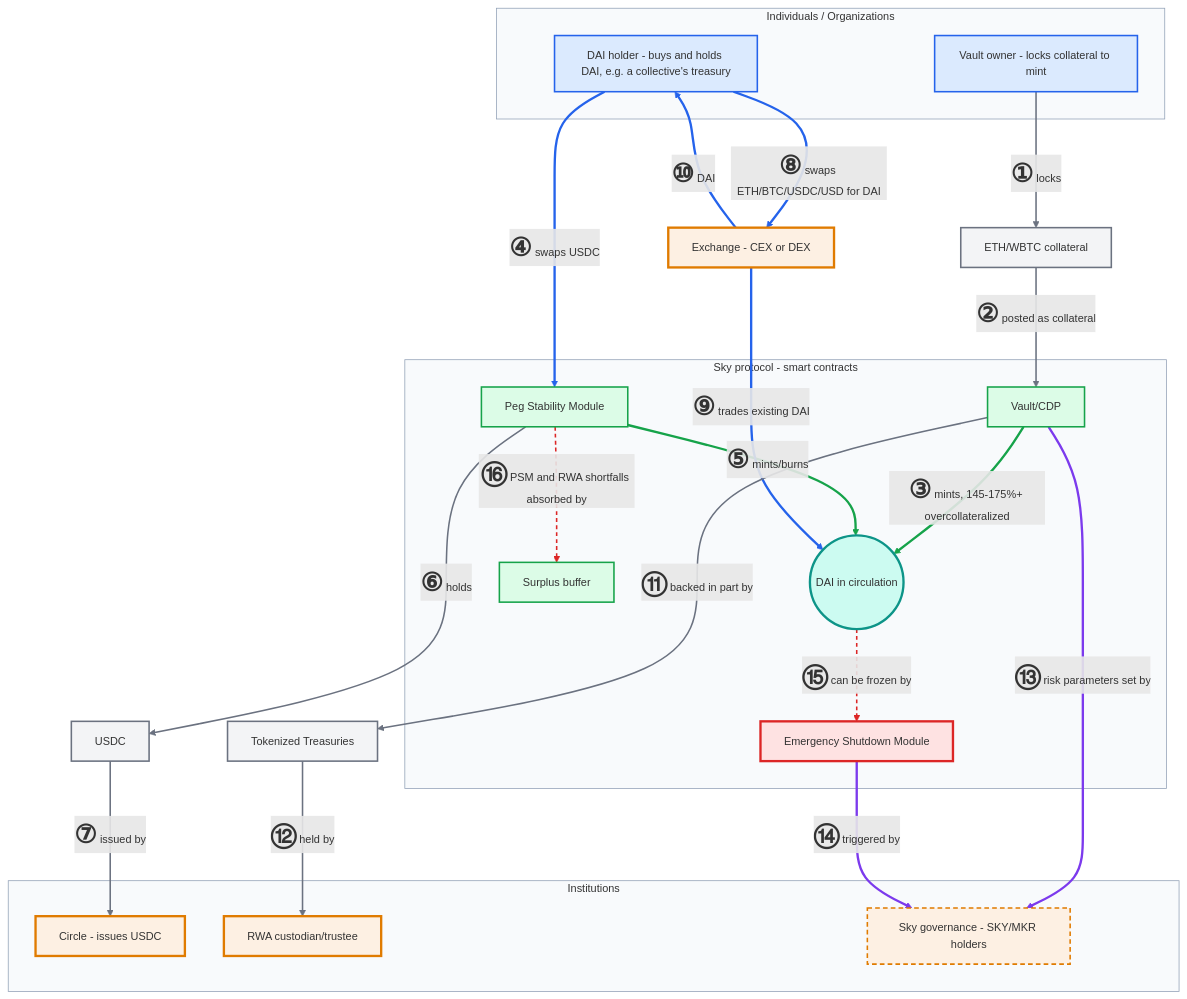
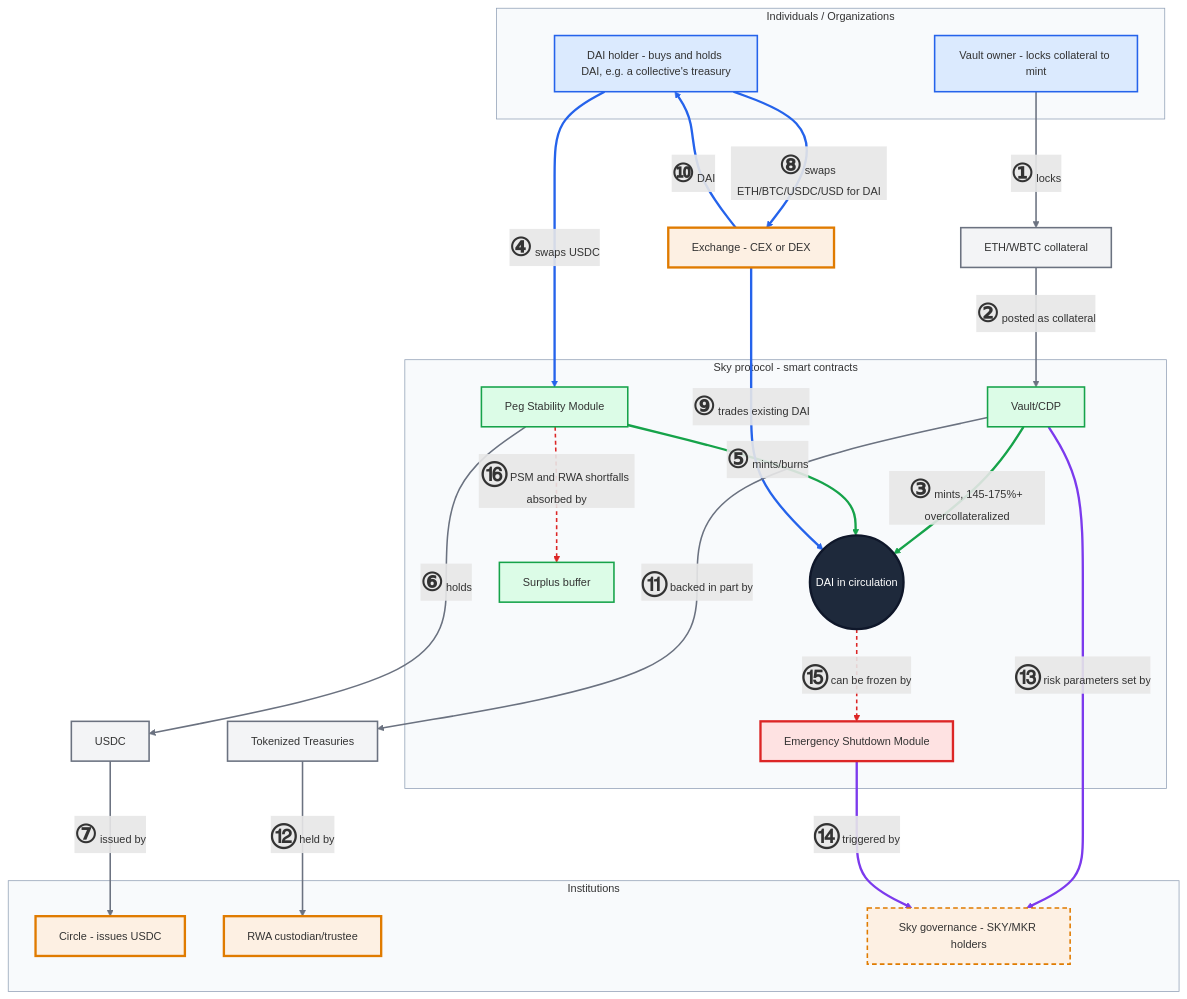
The diagram in governance/diagrams/dai-flows.mmd (doikayt/admin), drawn with Mermaid before and after one commit. The commit also changed 3 other files, not shown here.

```diff
--- a/governance/diagrams/dai-flows.mmd
+++ b/governance/diagrams/dai-flows.mmd
@@ -1,73 +1,73 @@
 %%{init: {"themeVariables": {"fontSize": "14px"}, "flowchart": {"nodeSpacing": 50, "rankSpacing": 70}}}%%
 flowchart TD
     subgraph USERS["Individuals / Organizations"]
         VaultOwner[Vault owner - locks collateral to mint]
         Holder[DAI holder - buys and holds DAI, e.g. a collective's treasury]
     end
 
     Exchange[Exchange - CEX or DEX]
     ETHCollat[ETH/WBTC collateral]
 
     subgraph PROTO["Sky protocol - smart contracts"]
         DAISupply((DAI in circulation))
         PSM[Peg Stability Module]
         Vault[Vault/CDP]
         ESM[Emergency Shutdown Module]
         Buffer[Surplus buffer]
     end
 
     USDC[USDC]
     RWA[Tokenized Treasuries]
 
     subgraph INST["Institutions"]
         Circle[Circle - issues USDC]
         RWACustodian[RWA custodian/trustee]
         Governance[Sky governance - SKY/MKR holders]
     end
 
     VaultOwner -- "<b style='font-size:2.3em'>①</b> locks" --> ETHCollat
     ETHCollat -- "<b style='font-size:2.3em'>②</b> posted as collateral" --> Vault
     Vault -- "<b style='font-size:2.3em'>③</b> mints, 145-175%+ overcollateralized" --> DAISupply
 
     Holder -- "<b style='font-size:2.3em'>④</b> swaps USDC" --> PSM
     PSM -- "<b style='font-size:2.3em'>⑤</b> mints/burns" --> DAISupply
     PSM -- "<b style='font-size:2.3em'>⑥</b> holds" --> USDC
     USDC -- "<b style='font-size:2.3em'>⑦</b> issued by" --> Circle
 
     Holder -- "<b style='font-size:2.3em'>⑧</b> swaps ETH/BTC/USDC/USD for DAI" --> Exchange
     Exchange -- "<b style='font-size:2.3em'>⑨</b> trades existing DAI" --> DAISupply
     Exchange -- "<b style='font-size:2.3em'>⑩</b> DAI" --> Holder
 
     Vault -- "<b style='font-size:2.3em'>⑪</b> backed in part by" --> RWA
     RWA -- "<b style='font-size:2.3em'>⑫</b> held by" --> RWACustodian
 
     Vault -- "<b style='font-size:2.3em'>⑬</b> risk parameters set by" --> Governance
     ESM -- "<b style='font-size:2.3em'>⑭</b> triggered by" --> Governance
 
     DAISupply -- "<b style='font-size:2.3em'>⑮</b> can be frozen by" --> ESM
     PSM -.->|"<b style='font-size:2.3em'>⑯</b> PSM and RWA shortfalls absorbed by"| Buffer
 
     classDef user fill:#dbeafe,stroke:#2563eb,stroke-width:2px
     classDef code fill:#dcfce7,stroke:#16a34a,stroke-width:2px
     classDef asset fill:#f3f4f6,stroke:#6b7280,stroke-width:2px
-    classDef token fill:#ccfbf1,stroke:#0d9488,stroke-width:3px
+    classDef token fill:#1e293b,stroke:#0f172a,stroke-width:3px,color:#ffffff
     classDef cutoff fill:#fdf0e3,stroke:#e07b00,stroke-width:3px
     classDef legal fill:#fdf0e3,stroke:#e07b00,stroke-width:2px,stroke-dasharray:6 4
     classDef breaker fill:#fee2e2,stroke:#dc2626,stroke-width:3px
     class VaultOwner,Holder user
     class Vault,PSM,Buffer code
     class ETHCollat,USDC,RWA asset
     class DAISupply token
     class Circle,RWACustodian,Exchange cutoff
     class Governance legal
     class ESM breaker
 
     style USERS fill:#f8fafc,stroke:#94a3b8
     style PROTO fill:#f8fafc,stroke:#94a3b8
     style INST fill:#f8fafc,stroke:#94a3b8
 
     linkStyle 2,4 stroke:#16a34a,stroke-width:3px
     linkStyle 3,7,8,9 stroke:#2563eb,stroke-width:3px
     linkStyle 0,1,5,6,10,11 stroke:#6b7280,stroke-width:2px
     linkStyle 12,13 stroke:#7c3aed,stroke-width:3px
     linkStyle 14,15 stroke:#dc2626,stroke-width:2px,stroke-dasharray:5 4
```
